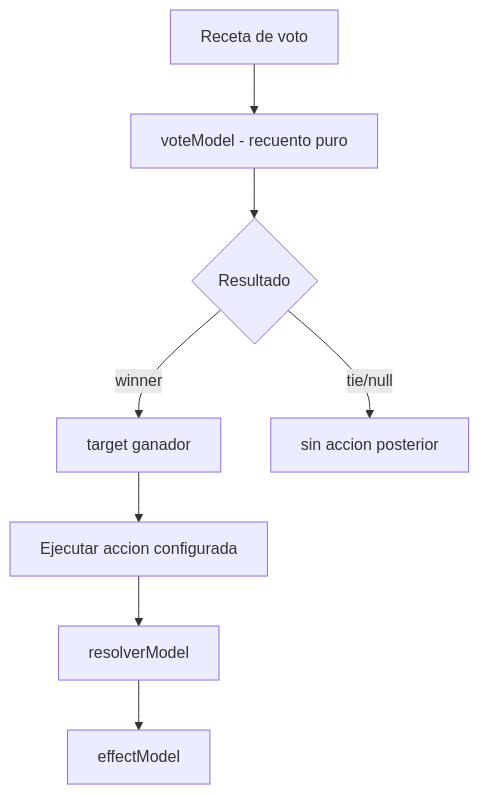
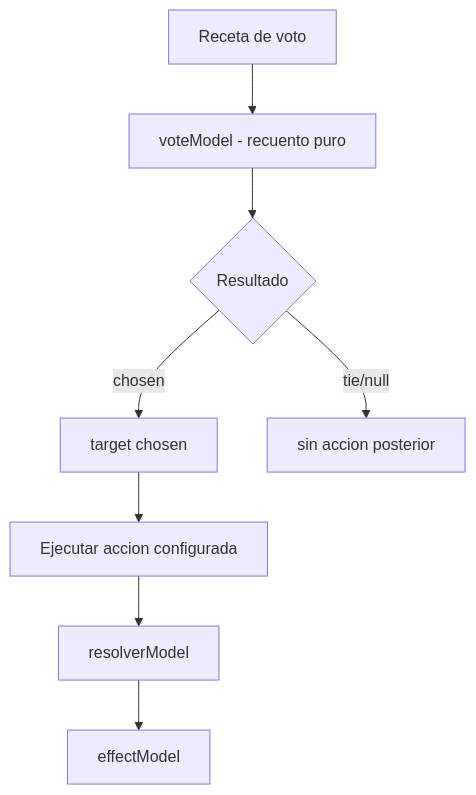
One commit to juanramonmorandeira/castronegro-director changed diagram 11 of 13 in docs/engine_flow_map.md. Above: the diagram before and after it, drawn with Mermaid. The commit also changed other lines of this file and 43 other files, not shown here.

````diff
--- a/docs/engine_flow_map.md
+++ b/docs/engine_flow_map.md
@@ -444,10 +499,10 @@
 ```mermaid
 flowchart TD
   A[Receta de voto] --> B[voteModel - recuento puro]
   B --> C{Resultado}
-  C -->|winner| D[target ganador]
+  C -->|chosen| D[target chosen]
   C -->|tie/null| E[sin accion posterior]
   D --> F[Ejecutar accion configurada]
   F --> G[resolverModel]
   G --> H[effectModel]
 ```
````
